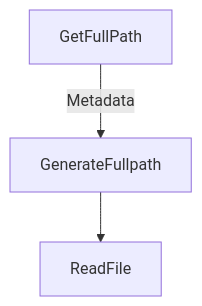
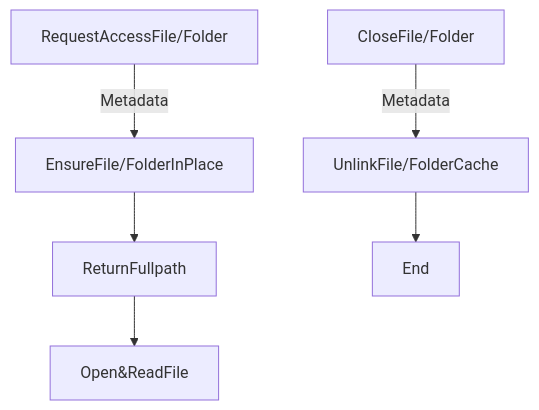
One commit to Sciuromorpha/Documents changed the second of 2 diagrams in Design/Storage Design.md. Above: the diagram before and after it, drawn with Mermaid. The commit also changed other lines of this file and 1 other file, not shown here.

````diff
--- a/Design/Storage Design.md
+++ b/Design/Storage Design.md
@@ -37,4 +51,5 @@
 ```mermaid
 graph TD
-  GetFullPath--Metadata-->GenerateFullpath-->ReadFile
+  RequestAccessFile/Folder--Metadata-->EnsureFile/FolderInPlace-->ReturnFullpath-->Open&ReadFile
+  CloseFile/Folder--Metadata-->UnlinkFile/FolderCache-->End
 ```
````
